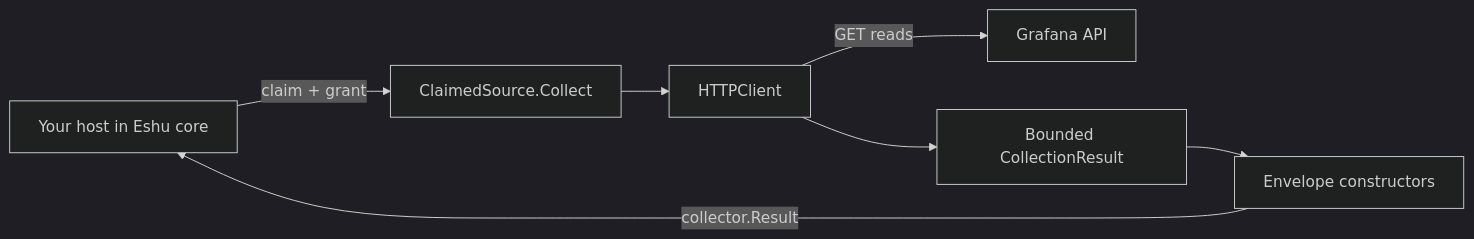
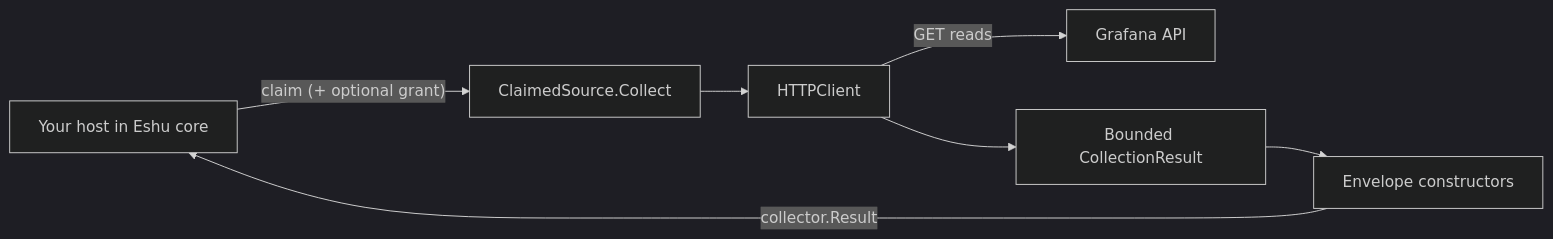
Before and after one commit to eshu-hq/eshu-collector-grafana: the second of 3 diagrams in docs/diagrams/README.md, drawn with Mermaid (dark theme). The commit also changed other lines of this file and 18 other files, not shown here.

````diff
--- a/docs/diagrams/README.md
+++ b/docs/diagrams/README.md
@@ -20,9 +20,9 @@
 ```mermaid
 flowchart LR
-    H["Your host in Eshu core"] -->|"claim + grant"| S["ClaimedSource.Collect"]
+    H["Your host in Eshu core"] -->|"claim (+ optional grant)"| S["ClaimedSource.Collect"]
     S --> C["HTTPClient"]
     C -->|"GET reads"| G["Grafana API"]
     C --> N["Bounded CollectionResult"]
     N --> E["Envelope constructors"]
     E -->|"collector.Result"| H
 ```
````
